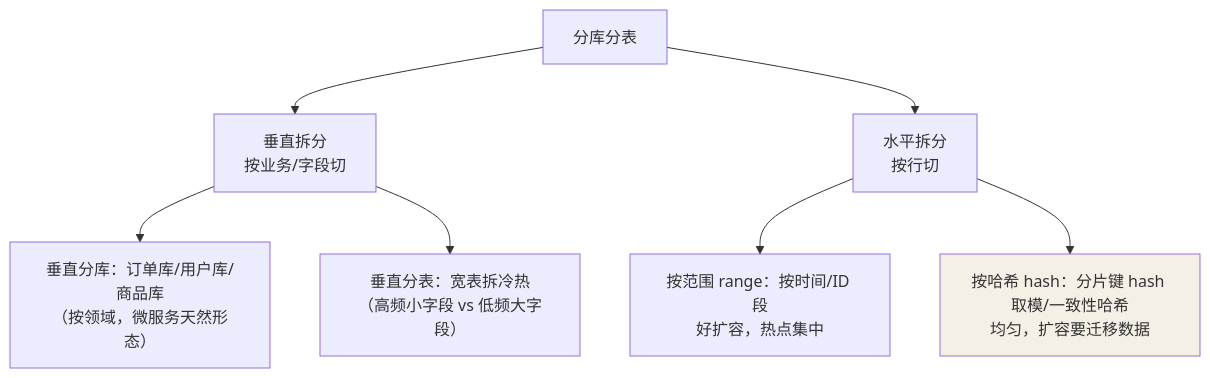
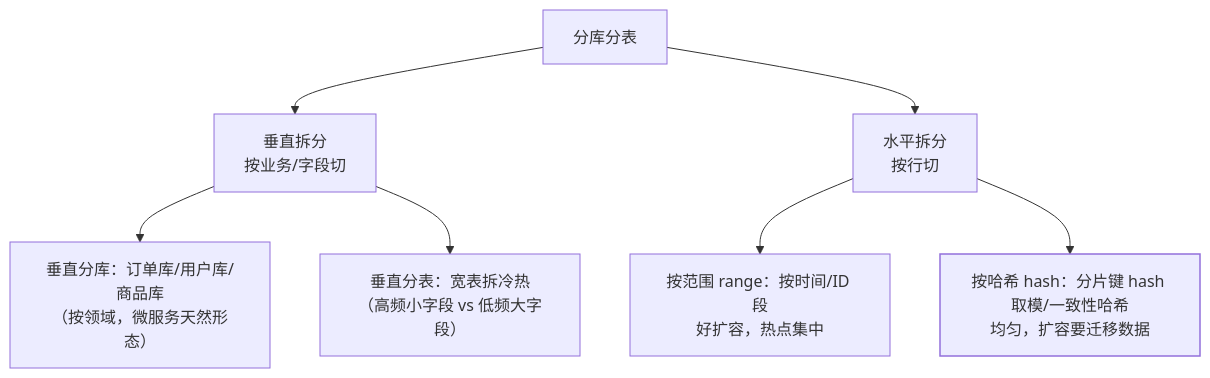
Before and after one commit to Loadhao/ascension: the second of 2 diagrams in src/content/docs/mysql/advanced/performance-ha/02-replication-sharding.md, drawn with Mermaid. The commit also changed other lines of this file and 87 other files, not shown here.

First line of the commit message:
fix: 全站图表配色改由主题接管，修复暗色主题下浅底浅字看不清

````diff
--- a/src/content/docs/mysql/advanced/performance-ha/02-replication-sharding.md
+++ b/src/content/docs/mysql/advanced/performance-ha/02-replication-sharding.md
@@ -72,11 +73,12 @@
 ```mermaid
 flowchart TB
     S["分库分表"] --> V["垂直拆分<br/>按业务/字段切"]
     S --> H["水平拆分<br/>按行切"]
     V --> V1["垂直分库：订单库/用户库/商品库<br/>（按领域，微服务天然形态）"]
     V --> V2["垂直分表：宽表拆冷热<br/>（高频小字段 vs 低频大字段）"]
     H --> H1["按范围 range：按时间/ID 段<br/>好扩容，热点集中"]
     H --> H2["按哈希 hash：分片键 hash 取模/一致性哈希<br/>均匀，扩容要迁移数据"]
 
-    style H2 fill:#f5f0e6
+    class H2 hl
+    classDef hl stroke-width:1.5px
 ```
````
